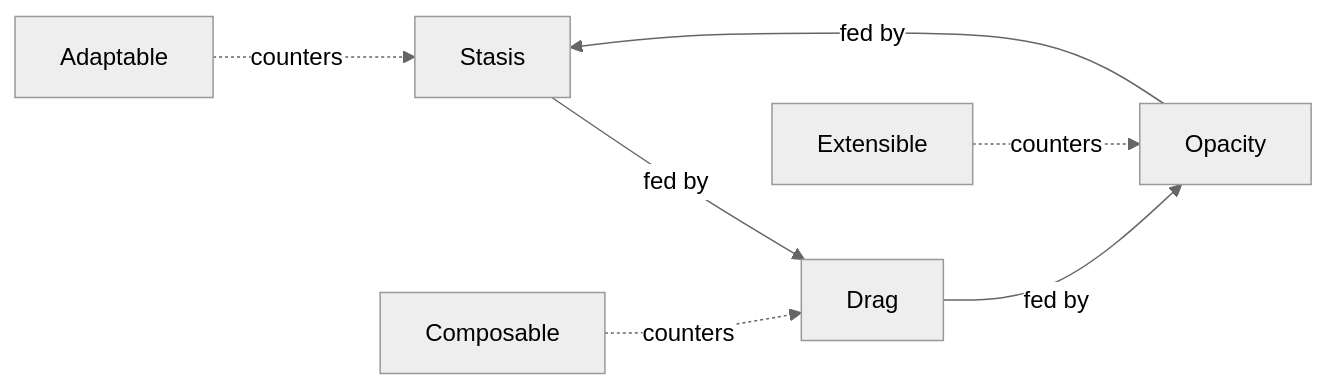
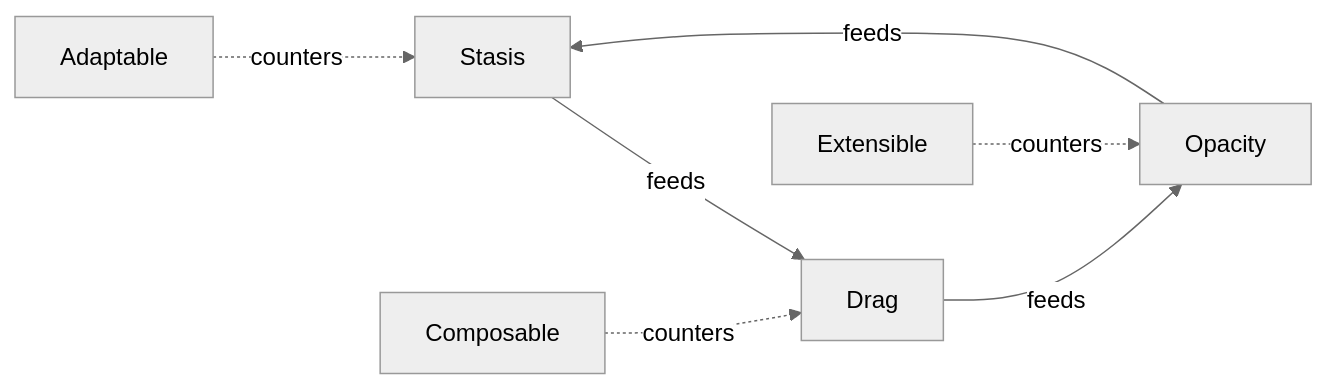
Before and after one commit to mox-labs/matra: the diagram in book/src/philosophy.md, drawn with Mermaid (neutral theme). The commit also changed other lines of this file and 17 other files, not shown here.

````diff
--- a/book/src/philosophy.md
+++ b/book/src/philosophy.md
@@ -15,9 +15,9 @@
 ```mermaid
 flowchart LR
-    A[Stasis] -->|fed by| B[Drag]
-    B -->|fed by| C[Opacity]
-    C -->|fed by| A
+    A[Stasis] -->|feeds| B[Drag]
+    B -->|feeds| C[Opacity]
+    C -->|feeds| A
     Adapt[Adaptable] -.->|counters| A
     Compose[Composable] -.->|counters| B
     Extend[Extensible] -.->|counters| C
 ```
````
